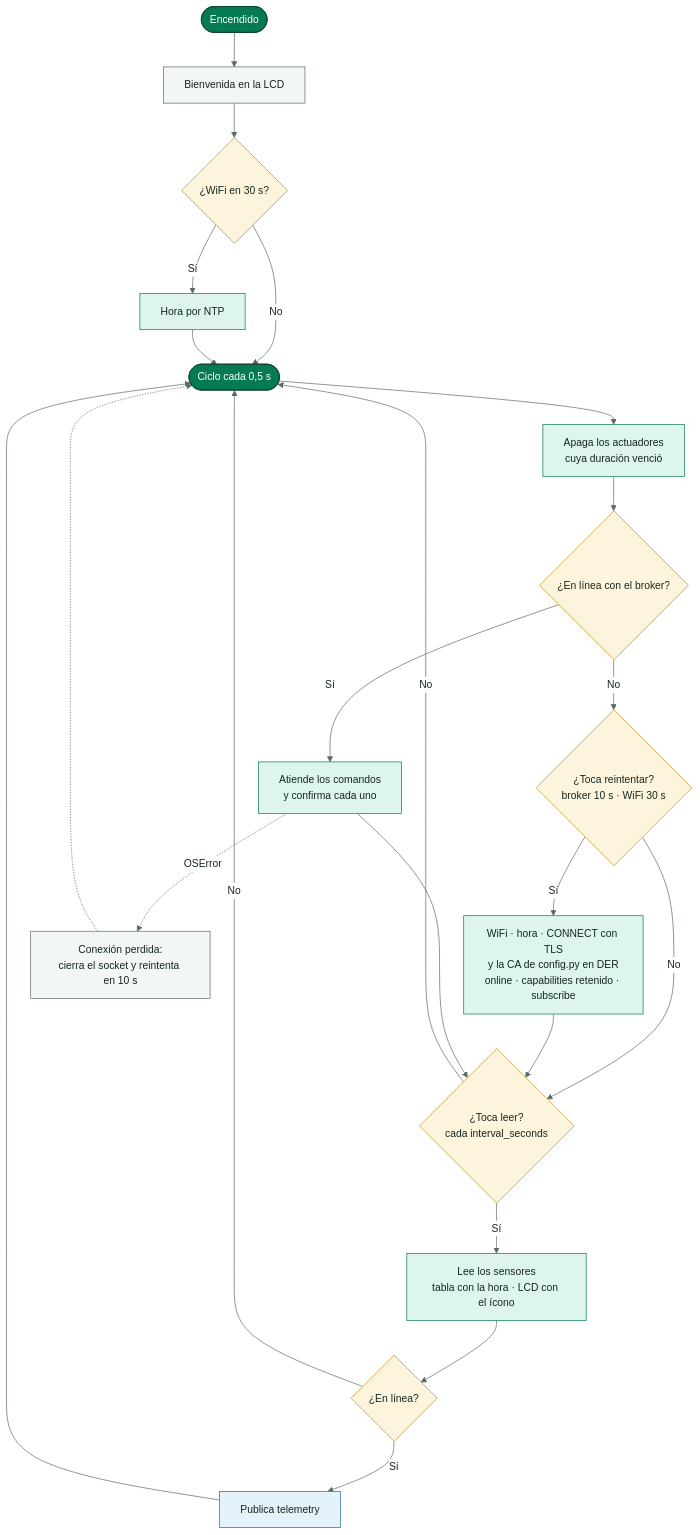
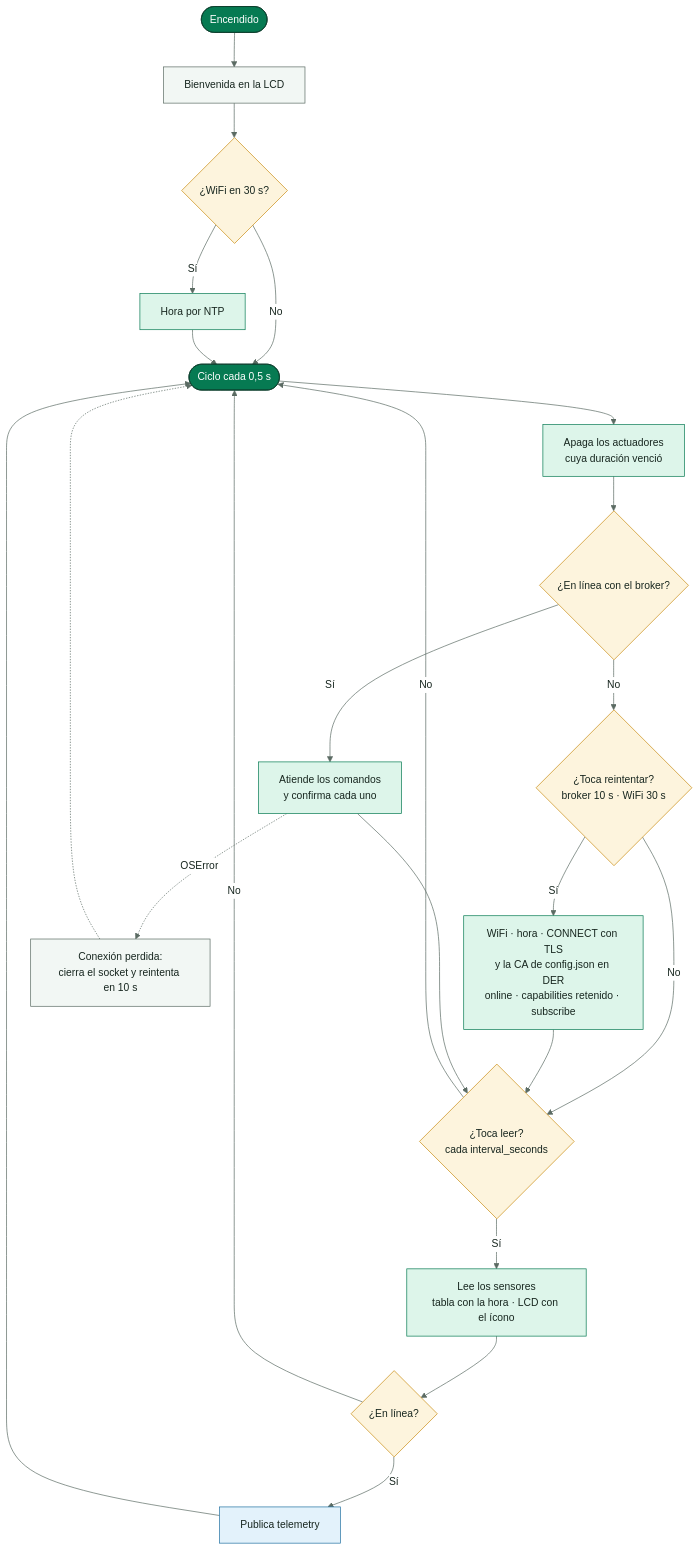
One commit to SmartPotTech/SmartPot-IoT-Python changed the diagram in docs/diagrams/SmartPot_IoT_01_Main_Loop.mmd. Above: the diagram before and after it, drawn with Mermaid. The commit also changed 8 other files, not shown here.

First line of the commit message:
Document config.json as the device configuration file [skip deploy]

```diff
--- a/docs/diagrams/SmartPot_IoT_01_Main_Loop.mmd
+++ b/docs/diagrams/SmartPot_IoT_01_Main_Loop.mmd
@@ -1,33 +1,33 @@
 %%{init: {"theme": "base", "fontFamily": "Segoe UI, Arial, sans-serif", "themeVariables": {"fontFamily": "Segoe UI, Arial, sans-serif", "fontSize": "15px", "primaryColor": "#DDF5EA", "primaryTextColor": "#17261F", "primaryBorderColor": "#067A52", "secondaryColor": "#E3F2FB", "secondaryTextColor": "#17261F", "secondaryBorderColor": "#1F6FA0", "tertiaryColor": "#F2F7F4", "tertiaryTextColor": "#17261F", "tertiaryBorderColor": "#D5E3DC", "lineColor": "#5B6B63", "textColor": "#17261F", "mainBkg": "#DDF5EA", "nodeBorder": "#067A52", "clusterBkg": "#F7FAF8", "clusterBorder": "#D5E3DC", "edgeLabelBackground": "#FFFFFF", "actorBkg": "#067A52", "actorBorder": "#0B3D2B", "actorTextColor": "#FFFFFF", "actorLineColor": "#5B6B63", "signalColor": "#17261F", "signalTextColor": "#17261F", "labelBoxBkgColor": "#0B3D2B", "labelBoxBorderColor": "#0B3D2B", "labelTextColor": "#FFFFFF", "loopTextColor": "#0B3D2B", "noteBkgColor": "#FDF4DD", "noteBorderColor": "#C98D12", "noteTextColor": "#17261F", "activationBkgColor": "#DDF5EA", "activationBorderColor": "#067A52", "attributeBackgroundColorOdd": "#FFFFFF", "attributeBackgroundColorEven": "#F2F7F4"}}}%%
 flowchart TB
   boot(["Encendido"]) --> welcome["Bienvenida en la LCD"]
   welcome --> wifi{"¿WiFi en 30 s?"}
   wifi -->|"Sí"| ntp["Hora por NTP"]
   wifi -->|"No"| loop
   ntp --> loop
   loop(["Ciclo cada 0,5 s"]) --> tick["Apaga los actuadores<br/>cuya duración venció"]
   tick --> online{"¿En línea con el broker?"}
   online -->|"Sí"| poll["Atiende los comandos<br/>y confirma cada uno"]
   online -->|"No"| retry{"¿Toca reintentar?<br/>broker 10 s · WiFi 30 s"}
-  retry -->|"Sí"| connect["WiFi · hora · CONNECT con TLS<br/>y la CA de config.py en DER<br/>online · capabilities retenido · subscribe"]
+  retry -->|"Sí"| connect["WiFi · hora · CONNECT con TLS<br/>y la CA de config.json en DER<br/>online · capabilities retenido · subscribe"]
   retry -->|"No"| due
   connect --> due
   poll --> due{"¿Toca leer?<br/>cada interval_seconds"}
   due -->|"Sí"| read["Lee los sensores<br/>tabla con la hora · LCD con el ícono"]
   due -->|"No"| loop
   read --> publish{"¿En línea?"}
   publish -->|"Sí"| telemetry["Publica telemetry"] --> loop
   publish -->|"No"| loop
   poll -.->|"OSError"| lost["Conexión perdida:<br/>cierra el socket y reintenta en 10 s"] -.-> loop
   classDef leaf fill:#DDF5EA,stroke:#067A52,color:#17261F
   classDef water fill:#E3F2FB,stroke:#1F6FA0,color:#17261F
   classDef sun fill:#FDF4DD,stroke:#C98D12,color:#17261F
   classDef clay fill:#FBE9E1,stroke:#B85A38,color:#17261F
   classDef core fill:#067A52,stroke:#0B3D2B,color:#FFFFFF
   classDef deep fill:#0B3D2B,stroke:#06281C,color:#FFFFFF
   classDef muted fill:#F2F7F4,stroke:#5B6B63,color:#17261F
   class boot,loop core
   class wifi,online,retry,due,publish sun
   class welcome,lost muted
   class ntp,tick,poll,connect,read leaf
   class telemetry water
```
